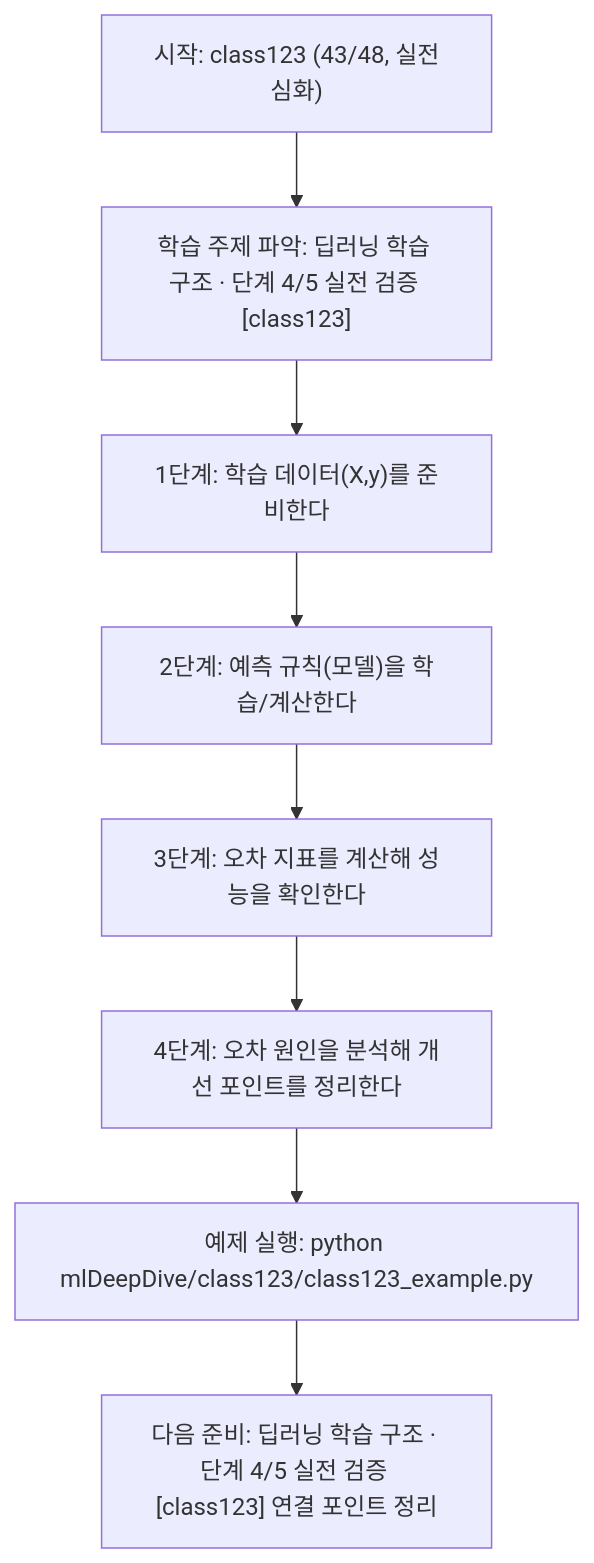
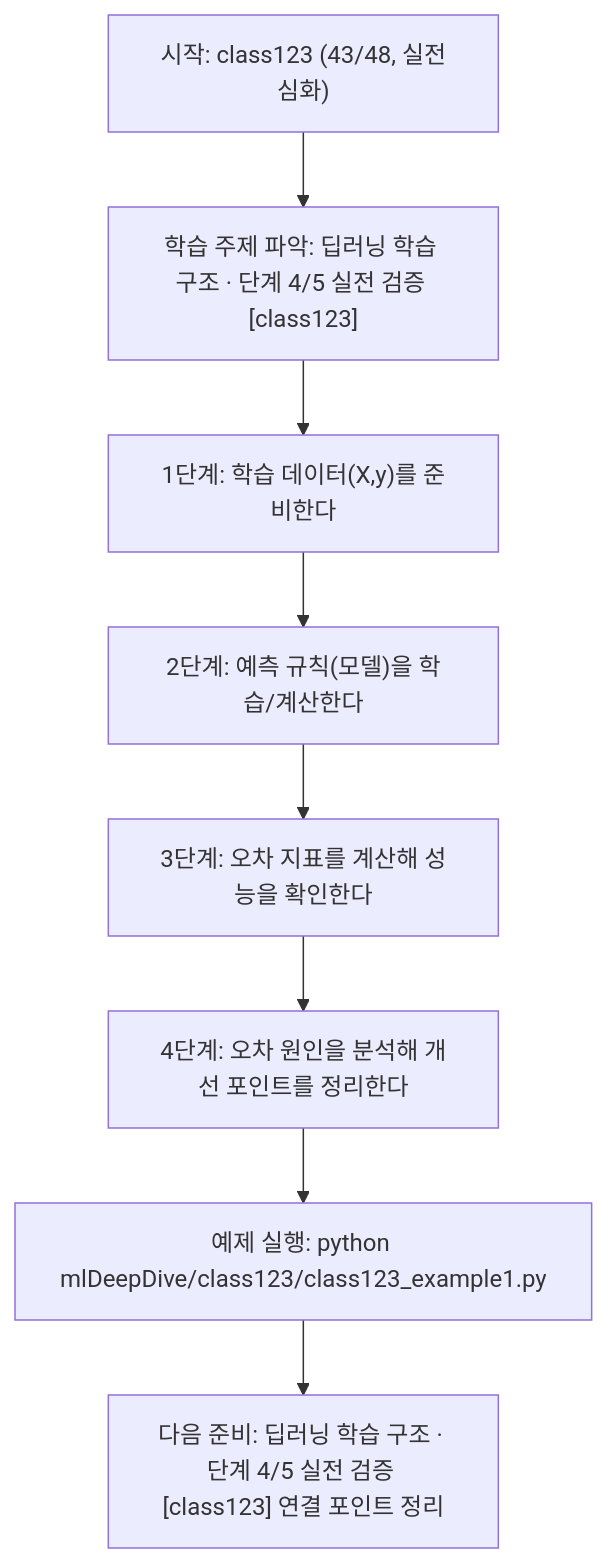
Before and after one commit to edumgt/Python-AI_Agent-Class: the diagram in mlDeepDive/class123/class123.md, drawn with Mermaid. The commit also changed other lines of this file and 2959 other files, not shown here.

````diff
--- a/mlDeepDive/class123/class123.md
+++ b/mlDeepDive/class123/class123.md
@@ -110,18 +110,18 @@
 ```mermaid
 flowchart TD
 N1["시작: class123 (43/48, 실전심화)"]
 N2["학습 주제 파악: 딥러닝 학습 구조 · 단계 4/5 실전 검증 [class123]"]
 N3["1단계: 학습 데이터(X,y)를 준비한다"]
 N4["2단계: 예측 규칙(모델)을 학습/계산한다"]
 N5["3단계: 오차 지표를 계산해 성능을 확인한다"]
 N6["4단계: 오차 원인을 분석해 개선 포인트를 정리한다"]
-N7["예제 실행: python mlDeepDive/class123/class123_example.py"]
+N7["예제 실행: python mlDeepDive/class123/class123_example1.py"]
 N8["다음 준비: 딥러닝 학습 구조 · 단계 4/5 실전 검증 [class123] 연결 포인트 정리"]
 N1 --> N2
 N2 --> N3
 N3 --> N4
 N4 --> N5
 N5 --> N6
 N6 --> N7
 N7 --> N8
 ```
````
